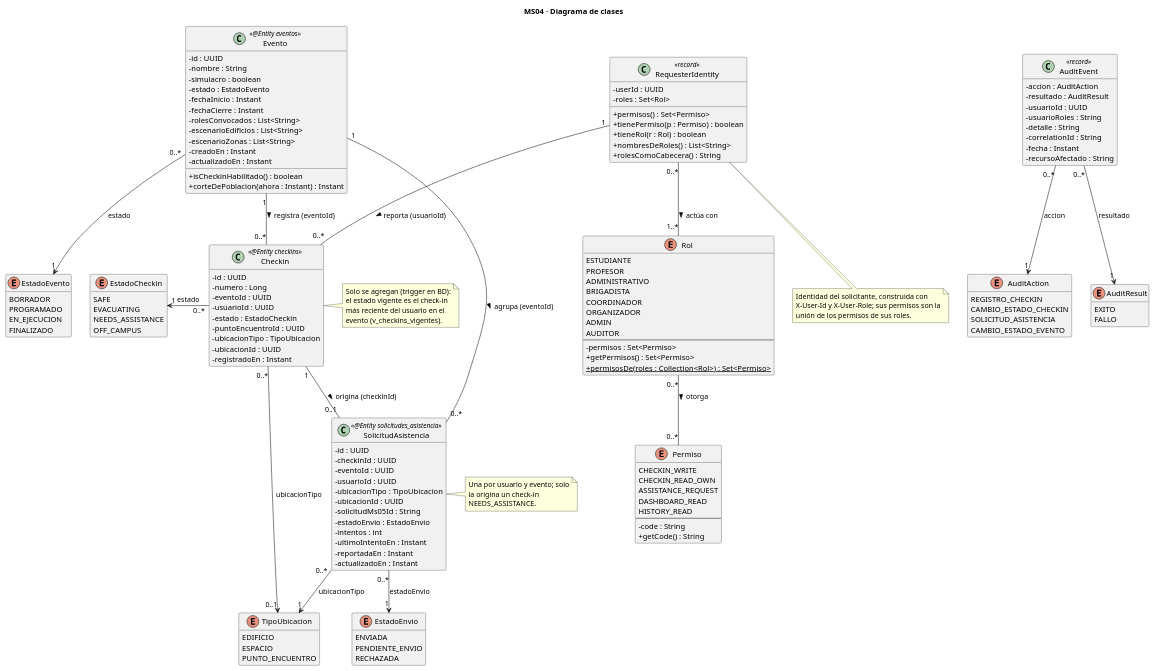
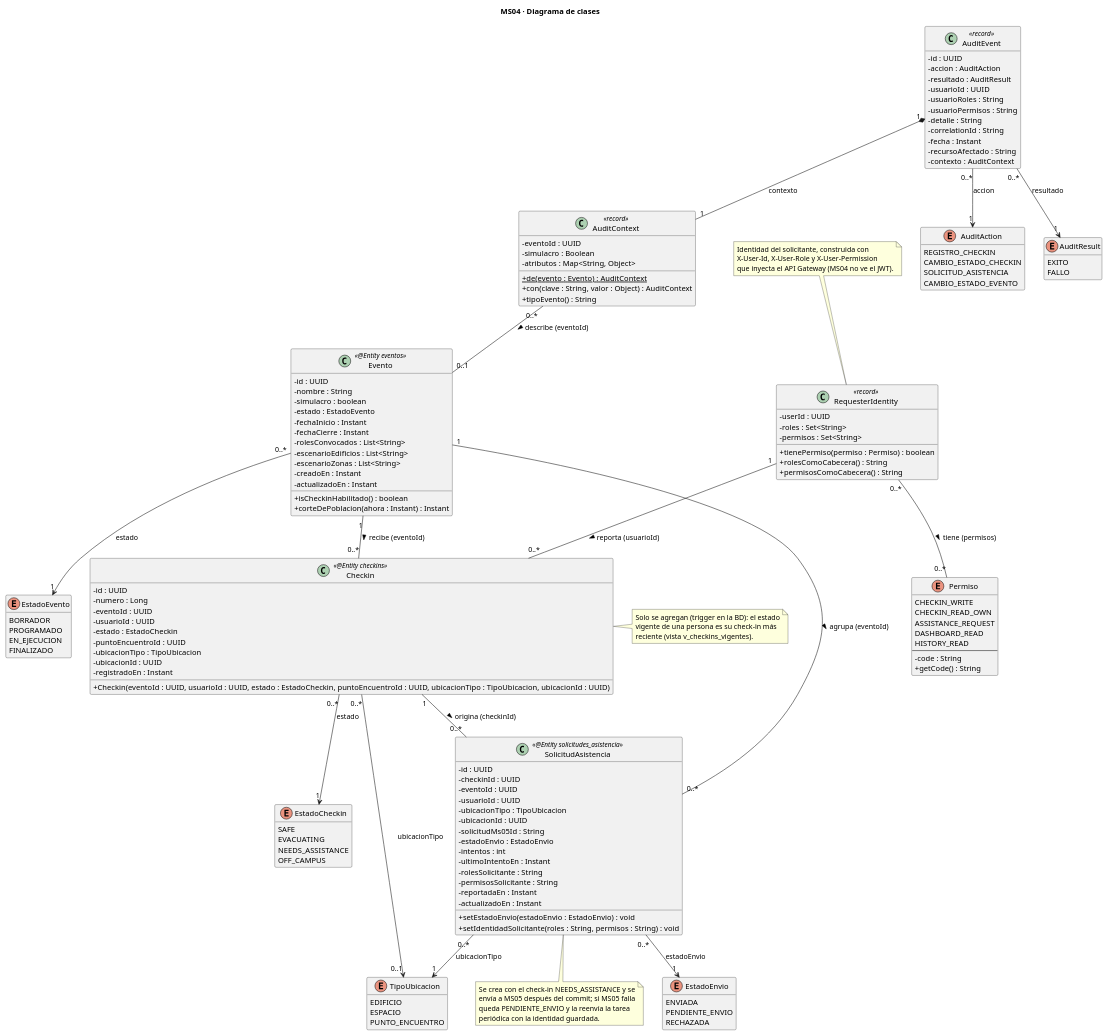
Before and after one commit to CampusSeguro-DOSW-2026-2/documentation: the diagram in ms04-evacuation-and-check-in/diagrams/ms04-classes.puml, drawn with PlantUML. The commit also changed 5 other files, not shown here.

First line of the commit message:
docs(ms04): actualizar los diagramas al codigo actual (BD en su propia EC2, auditoria con contexto)

```diff
--- a/ms04-evacuation-and-check-in/diagrams/ms04-classes.puml
+++ b/ms04-evacuation-and-check-in/diagrams/ms04-classes.puml
@@ -1,167 +1,169 @@
-@startuml ms04_clases
+@startuml ms04-classes
 ' UML · Clases: estructura estática del dominio de MS04 (eventos, check-ins, solicitudes de asistencia, identidad y auditoría).
-' Fuente: entity/*, security/RequesterIdentity, Rol, Permiso, audit/AuditEvent, AuditAction, AuditResult. Sin DTOs, controladores ni utilidades.
+' Fuente: ms04-evacuation-and-check-in (develop) entity/*, security/RequesterIdentity, security/Permiso, audit/AuditEvent, AuditContext, AuditAction, AuditResult. Sin DTOs, controladores ni utilidades.
 skinparam classAttributeIconSize 0
 skinparam shadowing false
 hide empty members
 title MS04 · Diagrama de clases
 
 class Evento <<@Entity eventos>> {
     - id : UUID
     - nombre : String
     - simulacro : boolean
     - estado : EstadoEvento
     - fechaInicio : Instant
     - fechaCierre : Instant
     - rolesConvocados : List<String>
     - escenarioEdificios : List<String>
     - escenarioZonas : List<String>
     - creadoEn : Instant
     - actualizadoEn : Instant
     + isCheckinHabilitado() : boolean
     + corteDePoblacion(ahora : Instant) : Instant
 }
 
 class Checkin <<@Entity checkins>> {
     - id : UUID
     - numero : Long
     - eventoId : UUID
     - usuarioId : UUID
     - estado : EstadoCheckin
     - puntoEncuentroId : UUID
     - ubicacionTipo : TipoUbicacion
     - ubicacionId : UUID
     - registradoEn : Instant
+    + Checkin(eventoId : UUID, usuarioId : UUID, estado : EstadoCheckin, puntoEncuentroId : UUID, ubicacionTipo : TipoUbicacion, ubicacionId : UUID)
 }
 
 class SolicitudAsistencia <<@Entity solicitudes_asistencia>> {
     - id : UUID
     - checkinId : UUID
     - eventoId : UUID
     - usuarioId : UUID
     - ubicacionTipo : TipoUbicacion
     - ubicacionId : UUID
     - solicitudMs05Id : String
     - estadoEnvio : EstadoEnvio
     - intentos : int
     - ultimoIntentoEn : Instant
+    - rolesSolicitante : String
+    - permisosSolicitante : String
     - reportadaEn : Instant
     - actualizadoEn : Instant
+    + setEstadoEnvio(estadoEnvio : EstadoEnvio) : void
+    + setIdentidadSolicitante(roles : String, permisos : String) : void
 }
 
 enum EstadoEvento {
     BORRADOR
     PROGRAMADO
     EN_EJECUCION
     FINALIZADO
 }
 
 enum EstadoCheckin {
     SAFE
     EVACUATING
     NEEDS_ASSISTANCE
     OFF_CAMPUS
 }
 
 enum TipoUbicacion {
     EDIFICIO
     ESPACIO
     PUNTO_ENCUENTRO
 }
 
 enum EstadoEnvio {
     ENVIADA
     PENDIENTE_ENVIO
     RECHAZADA
 }
 
 class RequesterIdentity <<record>> {
     - userId : UUID
-    - roles : Set<Rol>
-    + permisos() : Set<Permiso>
-    + tienePermiso(p : Permiso) : boolean
-    + tieneRol(r : Rol) : boolean
-    + nombresDeRoles() : List<String>
+    - roles : Set<String>
+    - permisos : Set<String>
+    + tienePermiso(permiso : Permiso) : boolean
     + rolesComoCabecera() : String
-}
-
-enum Rol {
-    ESTUDIANTE
-    PROFESOR
-    ADMINISTRATIVO
-    BRIGADISTA
-    COORDINADOR
-    ORGANIZADOR
-    ADMIN
-    AUDITOR
-    --
-    - permisos : Set<Permiso>
-    + getPermisos() : Set<Permiso>
-    + {static} permisosDe(roles : Collection<Rol>) : Set<Permiso>
+    + permisosComoCabecera() : String
 }
 
 enum Permiso {
     CHECKIN_WRITE
     CHECKIN_READ_OWN
     ASSISTANCE_REQUEST
     DASHBOARD_READ
     HISTORY_READ
     --
     - code : String
     + getCode() : String
 }
 
 class AuditEvent <<record>> {
+    - id : UUID
     - accion : AuditAction
     - resultado : AuditResult
     - usuarioId : UUID
     - usuarioRoles : String
+    - usuarioPermisos : String
     - detalle : String
     - correlationId : String
     - fecha : Instant
     - recursoAfectado : String
+    - contexto : AuditContext
+}
+
+class AuditContext <<record>> {
+    - eventoId : UUID
+    - simulacro : Boolean
+    - atributos : Map<String, Object>
+    + {static} de(evento : Evento) : AuditContext
+    + con(clave : String, valor : Object) : AuditContext
+    + tipoEvento() : String
 }
 
 enum AuditAction {
     REGISTRO_CHECKIN
     CAMBIO_ESTADO_CHECKIN
     SOLICITUD_ASISTENCIA
     CAMBIO_ESTADO_EVENTO
 }
 
 enum AuditResult {
     EXITO
     FALLO
 }
 
-Evento "1" -- "0..*" Checkin : registra (eventoId) >
+Evento "1" -- "0..*" Checkin : recibe (eventoId) >
 Evento "1" -- "0..*" SolicitudAsistencia : agrupa (eventoId) >
-Checkin "1" -- "0..1" SolicitudAsistencia : origina (checkinId) >
+Checkin "1" -- "0..*" SolicitudAsistencia : origina (checkinId) >
 Evento "0..*" --> "1" EstadoEvento : estado
-Checkin "0..*" -left-> "1" EstadoCheckin : estado
+Checkin "0..*" --> "1" EstadoCheckin : estado
 Checkin "0..*" --> "0..1" TipoUbicacion : ubicacionTipo
 SolicitudAsistencia "0..*" --> "1" TipoUbicacion : ubicacionTipo
 SolicitudAsistencia "0..*" --> "1" EstadoEnvio : estadoEnvio
-RequesterIdentity "0..*" -- "1..*" Rol : actúa con >
-Rol "0..*" -- "0..*" Permiso : otorga >
+RequesterIdentity "0..*" -- "0..*" Permiso : tiene (permisos) >
 RequesterIdentity "1" -- "0..*" Checkin : reporta (usuarioId) >
+AuditEvent "1" *-- "1" AuditContext : contexto
+AuditContext "0..*" -- "0..1" Evento : describe (eventoId) >
 AuditEvent "0..*" --> "1" AuditAction : accion
 AuditEvent "0..*" --> "1" AuditResult : resultado
 
 note right of Checkin
-  Solo se agregan (trigger en BD):
-  el estado vigente es el check-in
-  más reciente del usuario en el
-  evento (v_checkins_vigentes).
+  Solo se agregan (trigger en la BD): el estado
+  vigente de una persona es su check-in más
+  reciente (vista v_checkins_vigentes).
 end note
-note right of SolicitudAsistencia
-  Una por usuario y evento; solo
-  la origina un check-in
-  NEEDS_ASSISTANCE.
+note bottom of SolicitudAsistencia
+  Se crea con el check-in NEEDS_ASSISTANCE y se
+  envía a MS05 después del commit; si MS05 falla
+  queda PENDIENTE_ENVIO y la reenvía la tarea
+  periódica con la identidad guardada.
 end note
-note bottom of RequesterIdentity
+note top of RequesterIdentity
   Identidad del solicitante, construida con
-  X-User-Id y X-User-Role; sus permisos son la
-  unión de los permisos de sus roles.
+  X-User-Id, X-User-Role y X-User-Permission
+  que inyecta el API Gateway (MS04 no ve el JWT).
 end note
 @enduml
```
